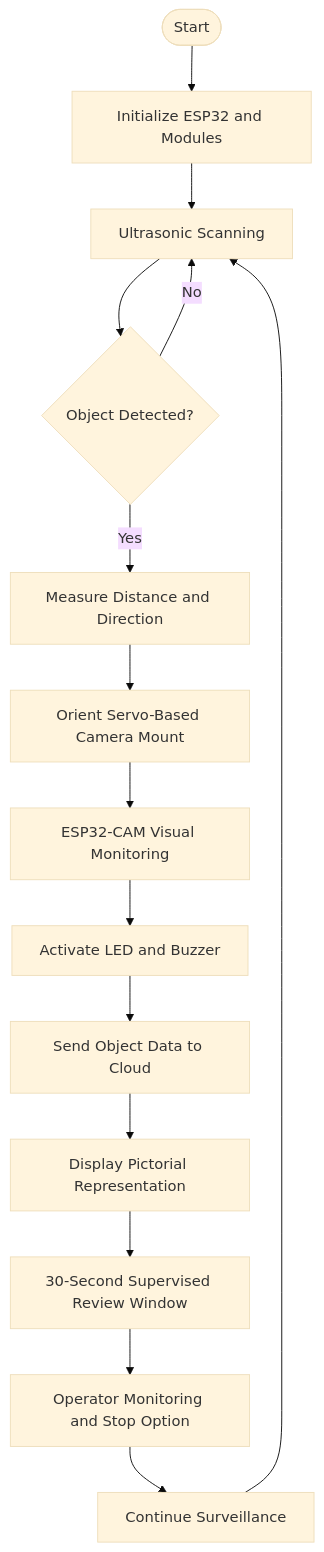
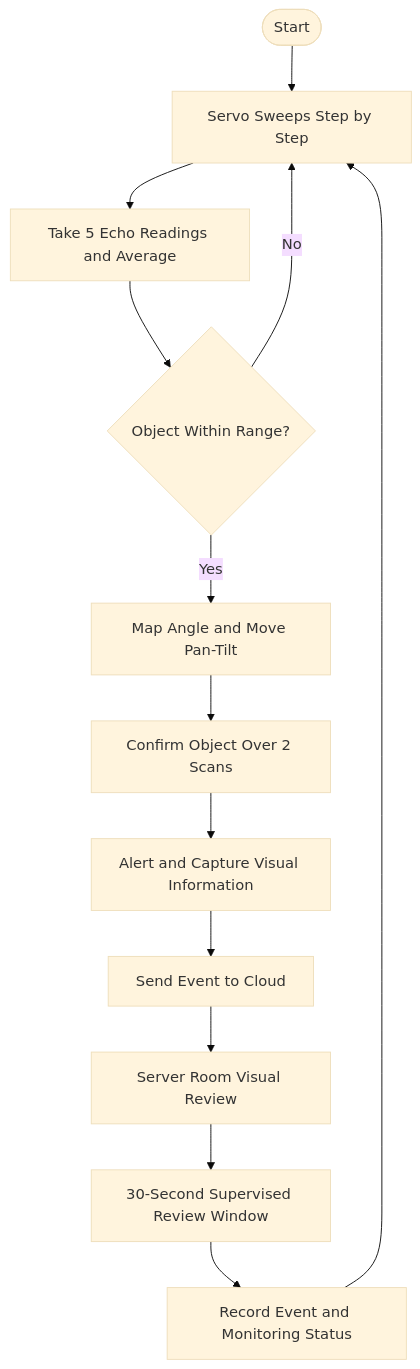
The second of 2 diagrams in README.md (Naganurdeepa/iot-radar-surveillance-system), drawn with Mermaid (base theme) before and after one commit. The commit also changed other lines of this file, not shown here.

````diff
--- a/README.md
+++ b/README.md
@@ -59,17 +63,15 @@
 ```mermaid
 flowchart TD
-    A([Start]) --> B[Initialize ESP32 and Modules]
-    B --> C[Ultrasonic Scanning]
-    C --> D{Object Detected?}
-    D -->|No| C
-    D -->|Yes| E[Measure Distance and Direction]
-    E --> F[Orient Servo-Based Camera Mount]
-    F --> G[ESP32-CAM Visual Monitoring]
-    G --> H[Activate LED and Buzzer]
-    H --> I[Send Object Data to Cloud]
-    I --> J[Display Pictorial Representation]
-    J --> K[30-Second Supervised Review Window]
-    K --> M[Operator Monitoring and Stop Option]
-    M --> N[Continue Surveillance]
-    N --> C
+    A([Start]) --> B[Servo Sweeps Step by Step]
+    B --> C[Take 5 Echo Readings and Average]
+    C --> D{Object Within Range?}
+    D -->|No| B
+    D -->|Yes| E[Map Angle and Move Pan-Tilt]
+    E --> F[Confirm Object Over 2 Scans]
+    F --> G[Alert and Capture Visual Information]
+    G --> H[Send Event to Cloud]
+    H --> I[Server Room Visual Review]
+    I --> J[30-Second Supervised Review Window]
+    J --> K[Record Event and Monitoring Status]
+    K --> B
 ```
````
